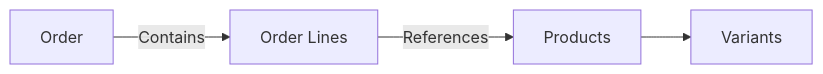
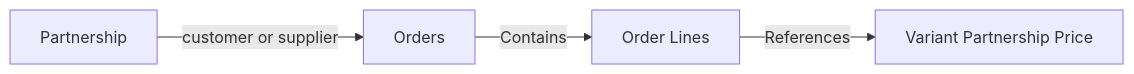
The first of 2 diagrams in guides/orders.mdx (Pollinate-Core/docs), drawn with Mermaid before and after one commit. The commit also changed other lines of this file and 7 other files, not shown here.

````diff
--- a/guides/orders.mdx
+++ b/guides/orders.mdx
@@ -116,6 +134,6 @@
 ```mermaid
 graph LR
-    A[Order] -->|Contains| B[Order Lines]
-    B -->|References| C[Products]
-    C --> D[Variants]
+    A[Partnership] -->|customer or supplier| B[Orders]
+    B -->|Contains| C[Order Lines]
+    C -->|References| D[Variant Partnership Price]
 ```
````
